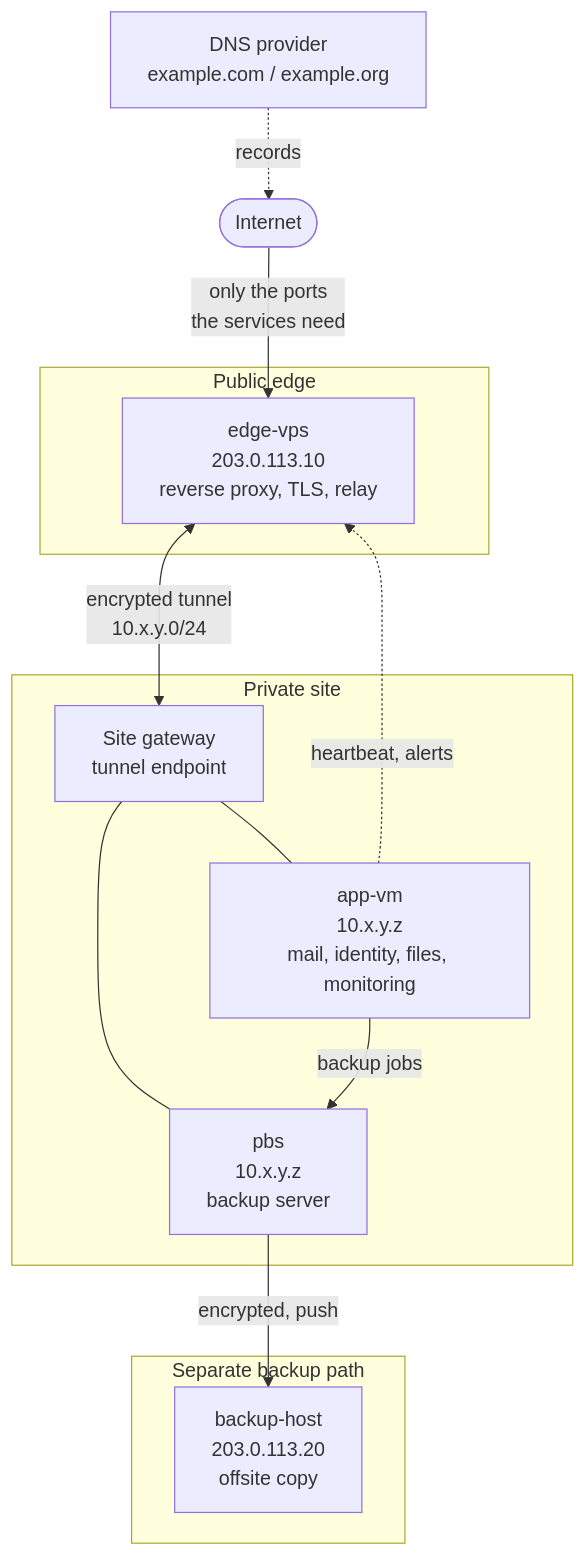
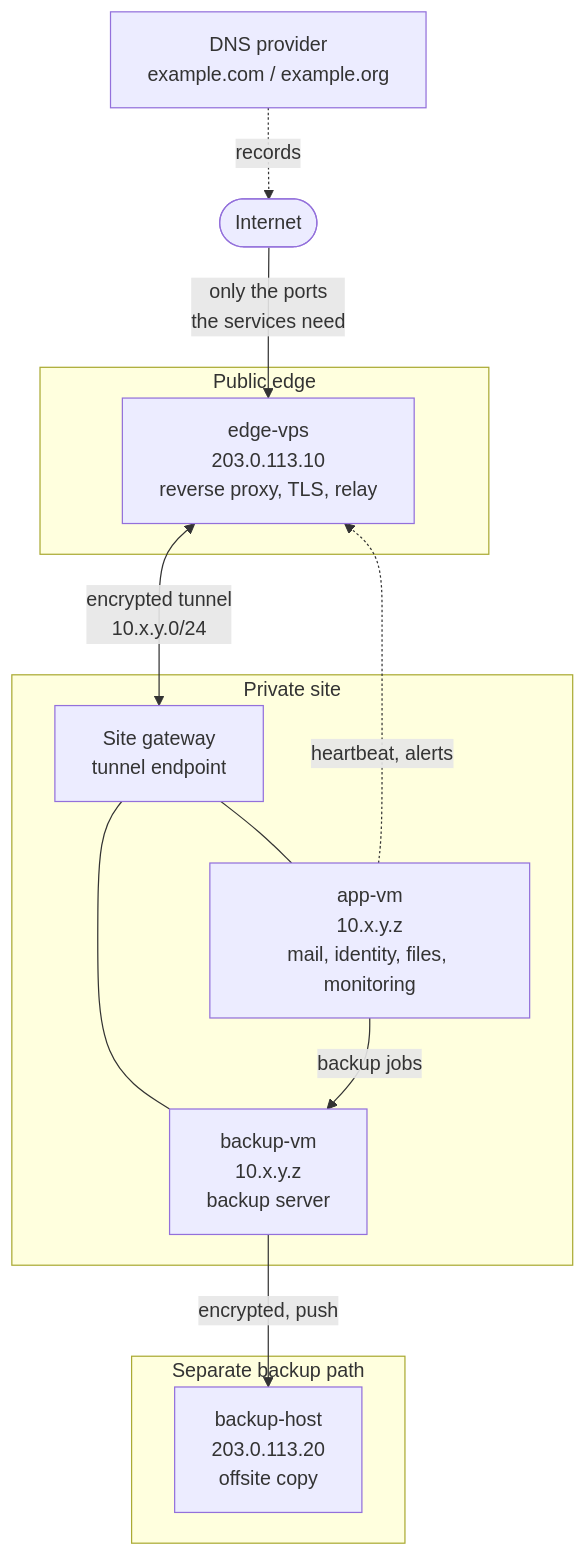
One commit to sre-workbench/infra-platform changed the diagram in docs/architecture.md. Above: the diagram before and after it, drawn with Mermaid. The commit also changed other lines of this file and 3 other files, not shown here.

Commit message:
Rename the backup server placeholder to backup-vm

````diff
--- a/docs/architecture.md
+++ b/docs/architecture.md
@@ -7,28 +7,28 @@
 ```mermaid
 flowchart TB
     internet([Internet])
     dns[DNS provider<br/>example.com / example.org]
 
     subgraph edge["Public edge"]
         edgevps["edge-vps<br/>203.0.113.10<br/>reverse proxy, TLS, relay"]
     end
 
     subgraph site["Private site"]
         router["Site gateway<br/>tunnel endpoint"]
         appvm["app-vm<br/>10.x.y.z<br/>mail, identity, files, monitoring"]
-        pbs["pbs<br/>10.x.y.z<br/>backup server"]
+        backupvm["backup-vm<br/>10.x.y.z<br/>backup server"]
     end
 
     subgraph offsite["Separate backup path"]
         backuphost["backup-host<br/>203.0.113.20<br/>offsite copy"]
     end
 
     internet -->|"only the ports<br/>the services need"| edgevps
     dns -.->|records| internet
     edgevps <-->|"encrypted tunnel<br/>10.x.y.0/24"| router
     router --- appvm
-    router --- pbs
-    appvm -->|backup jobs| pbs
-    pbs -->|"encrypted, push"| backuphost
+    router --- backupvm
+    appvm -->|backup jobs| backupvm
+    backupvm -->|"encrypted, push"| backuphost
     appvm -.->|"heartbeat, alerts"| edgevps
 ```
````
